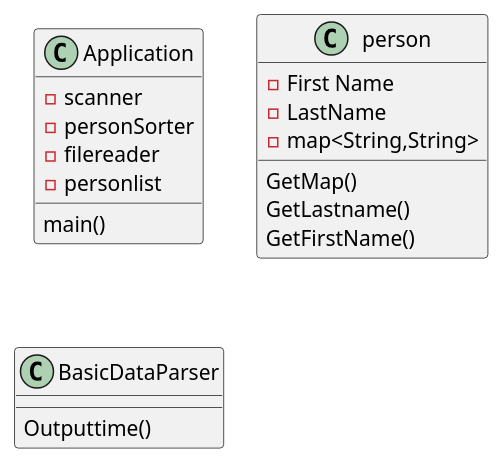
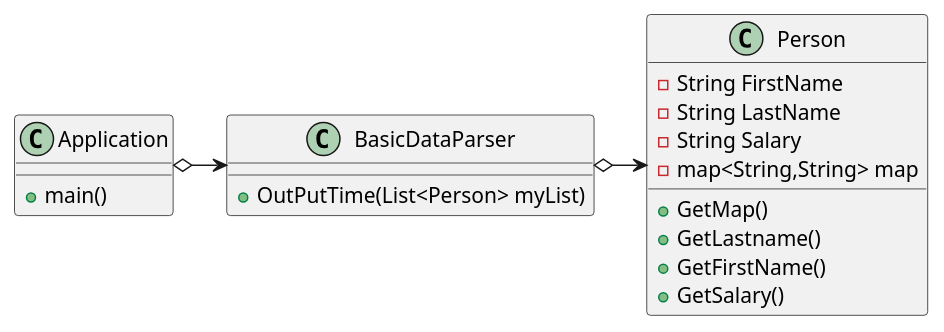
The diagram in src/main/java/oop/assignment3/ex42/exercise42_Diagram.puml (Awesome-wolf-101/ashby-cop3330-assignment3), drawn with PlantUML before and after one commit. The commit also changed 5 other files, not shown here.

```diff
--- a/src/main/java/oop/assignment3/ex42/exercise42_Diagram.puml
+++ b/src/main/java/oop/assignment3/ex42/exercise42_Diagram.puml
@@ -1,31 +1,31 @@
 @startuml
 'https://plantuml.com/sequence-diagram
 
 class Application{
--scanner
--personSorter
--filereader
--personlist
 
-main()
++main()
 }
 
-class person{
--First Name
--LastName
--map<String,String>
+class Person{
+-String FirstName
+-String LastName
+-String Salary
+-map<String,String> map
 
-GetMap()
-GetLastname()
-GetFirstName()
++GetMap()
++GetLastname()
++GetFirstName()
++GetSalary()
 }
 
 class BasicDataParser{
 
 
-Outputtime()
++OutPutTime(List<Person> myList)
 
 
 
 }
+Application o-> BasicDataParser
+BasicDataParser o-> Person
 @enduml
```
